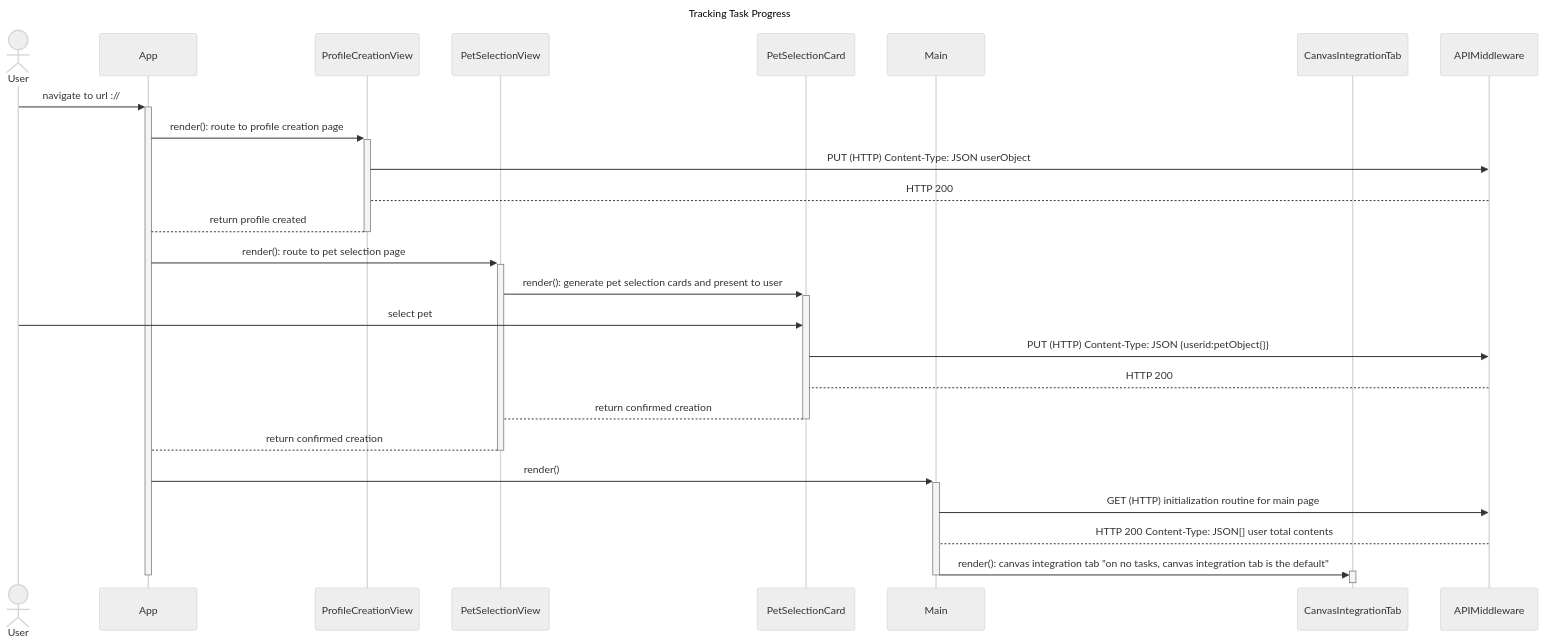
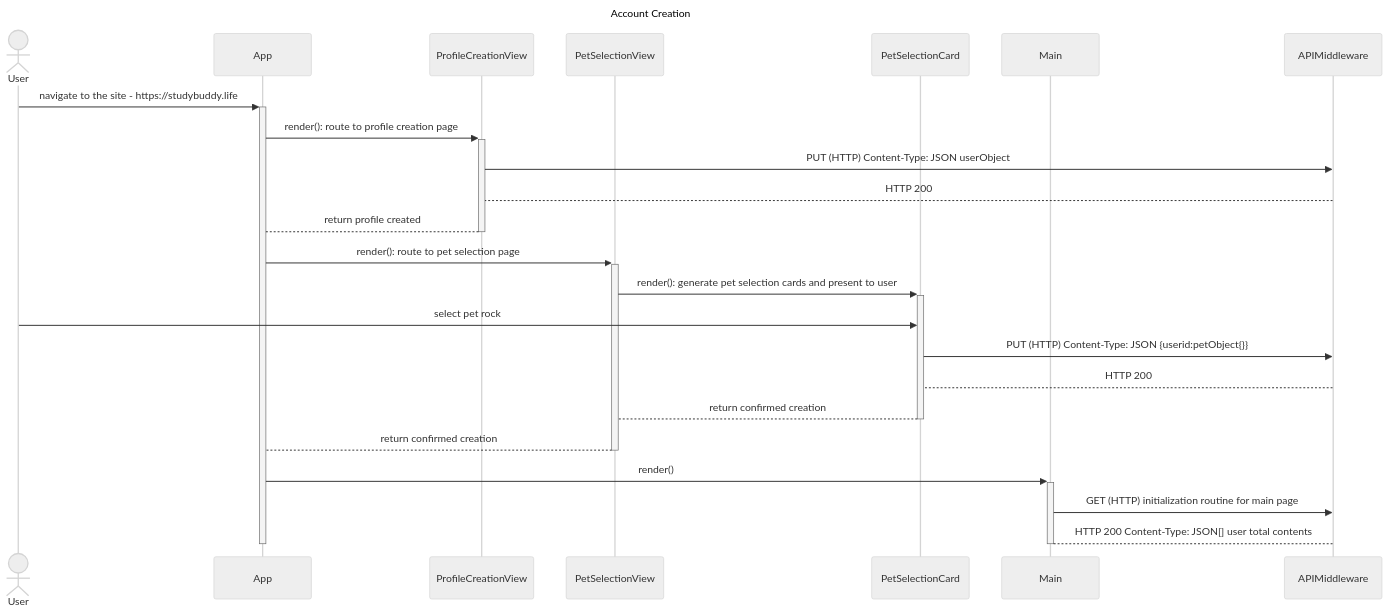
The first of 7 diagrams in documentation/docs/system-architecture/sequence-diagrams.md (Capstone-Projects-2023-Spring/project-virtual-pet), drawn with Mermaid (neutral theme) before and after one commit. The commit also changed other lines of this file and 1 other file, not shown here.

````diff
--- a/documentation/docs/system-architecture/sequence-diagrams.md
+++ b/documentation/docs/system-architecture/sequence-diagrams.md
@@ -11,36 +11,31 @@
 ```mermaid
 sequenceDiagram
-title Tracking Task Progress
-### As a user, it is important that I can create an account so that I can maintain my pet’s growth and my task progress.
-
+title Account Creation
     actor u as User
     participant a as App
     participant pf as ProfileCreationView
     participant ps as PetSelectionView
     participant pc as PetSelectionCard
     participant mp as Main
-    participant cv as CanvasIntegrationTab
     participant api as APIMiddleware
 
-    u ->>+a: navigate to url ://
+    u ->>+a: navigate to the site - https://studybuddy.life
     a ->>+pf: render(): route to profile creation page
     pf ->> api: PUT (HTTP) Content-Type: JSON userObject
     api --> pf: HTTP 200
     pf -->-a: return profile created
     a ->>+ps: render(): route to pet selection page
     ps ->>+pc: render(): generate pet selection cards and present to user
-    u ->> pc: select pet
+    u ->> pc: select pet rock
     pc ->> api: PUT (HTTP) Content-Type: JSON {userid:petObject{}}
     api --> pc: HTTP 200
     pc -->-ps: return confirmed creation
     ps -->-a: return confirmed creation
     a ->>+ mp: render()
     mp ->> api: GET (HTTP) initialization routine for main page
     api --> mp: HTTP 200 Content-Type: JSON[] user total contents 
-    mp ->>+cv: render(): canvas integration tab "on no tasks, canvas integration tab is the default"
 
     deactivate mp
-    deactivate cv
     deactivate a
 
 ```
````
